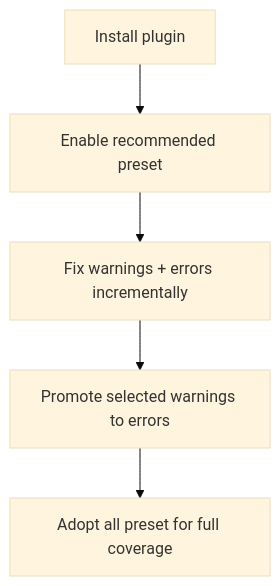
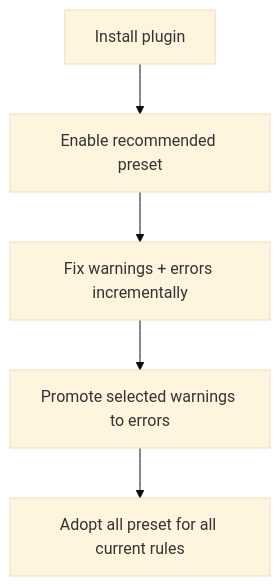
One commit to Nick2bad4u/eslint-plugin-etc-misc changed the diagram in docs/docusaurus/site-docs/getting-started.md. Above: the diagram before and after it, drawn with Mermaid (base theme). The commit also changed other lines of this file and 131 other files, not shown here.

````diff
--- a/docs/docusaurus/site-docs/getting-started.md
+++ b/docs/docusaurus/site-docs/getting-started.md
@@ -30,7 +32,7 @@
 ```mermaid
 flowchart TD
     A[Install plugin] --> B[Enable recommended preset]
     B --> C[Fix warnings + errors incrementally]
     C --> D[Promote selected warnings to errors]
-    D --> E[Adopt all preset for full coverage]
+    D --> E[Adopt all preset for all current rules]
 ```
````
